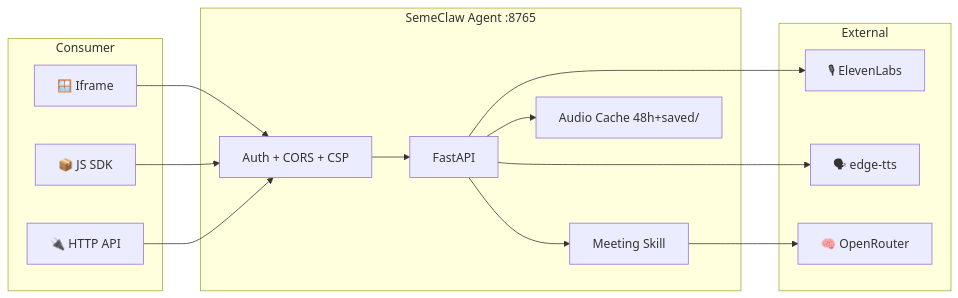
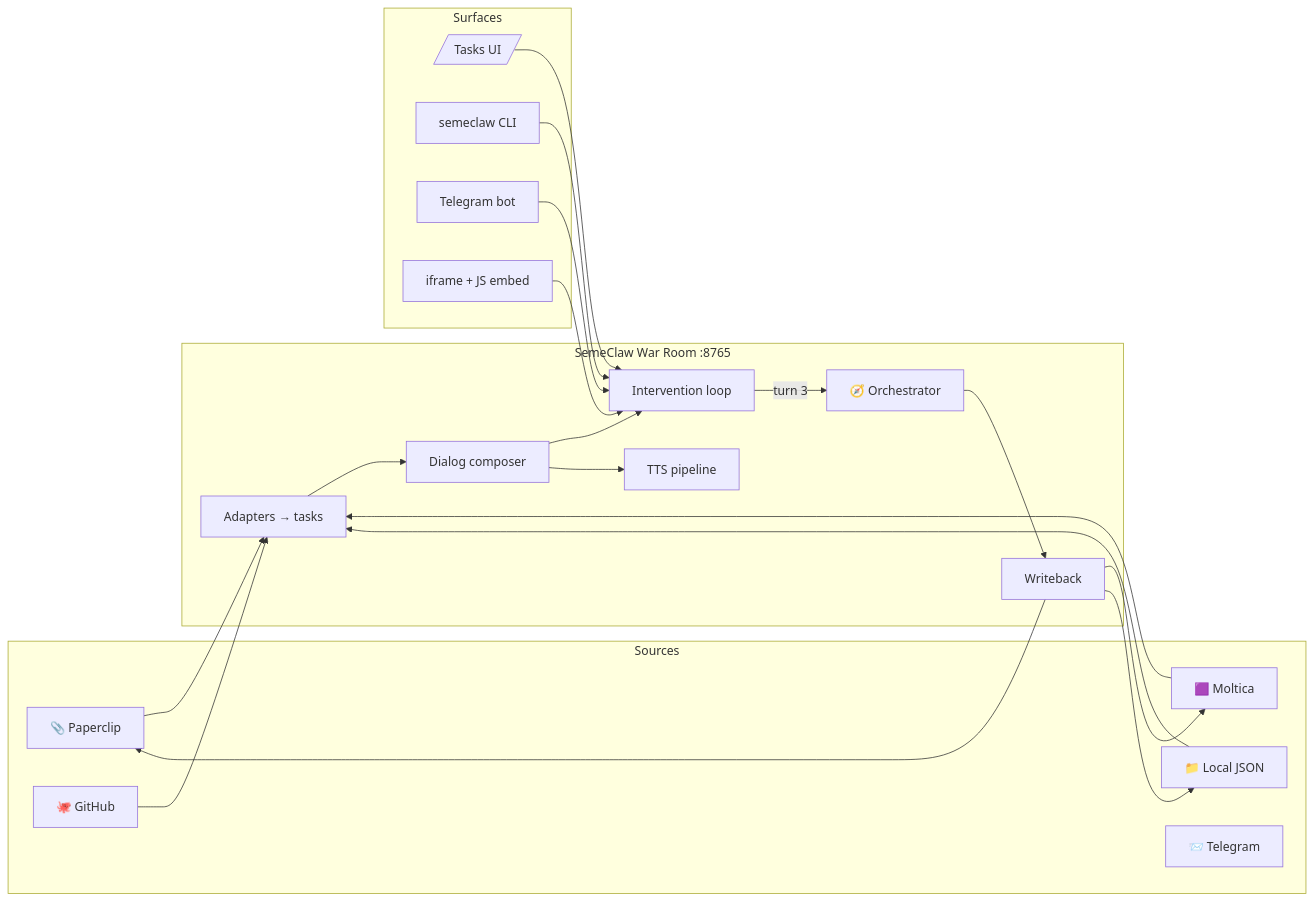
Before and after one commit to DansiDanutz/SemeClaw: the diagram in README.md, drawn with Mermaid. The commit also changed other lines of this file and 6 other files, not shown here.

````diff
--- a/README.md
+++ b/README.md
@@ -233,23 +192,31 @@
 ```mermaid
 flowchart LR
-    subgraph Consumer
-        iframe[🪟 Iframe]
-        sdk[📦 JS SDK]
-        http[🔌 HTTP API]
+    subgraph Sources
+        pc[📎 Paperclip]
+        mo[🟪 Moltica]
+        gh[🐙 GitHub]
+        local[📁 Local JSON]
+        tg[📨 Telegram]
     end
-    subgraph SemeClaw[SemeClaw Agent :8765]
-        api[FastAPI]
-        mid[Auth + CORS + CSP]
-        skill[Meeting Skill]
-        cache[Audio Cache 48h+saved/]
+
+    subgraph SemeClaw[SemeClaw War Room :8765]
+        ingest[Adapters → tasks]
+        dialog[Dialog composer]
+        intervene[Intervention loop]
+        orch[🧭 Orchestrator]
+        tts[TTS pipeline]
+        wb[Writeback]
     end
-    subgraph External
-        eleven[🎙 ElevenLabs]
-        edge[🗣 edge-tts]
-        or[🧠 OpenRouter]
+
+    subgraph Surfaces
+        ui[/Tasks UI/]
+        cli[semeclaw CLI]
+        bot[Telegram bot]
+        emb[iframe + JS embed]
     end
-    iframe & sdk & http --> mid --> api
-    api --> skill & cache
-    api --> eleven & edge
-    skill --> or
+
+    pc & mo & gh & local --> ingest --> dialog --> intervene
+    intervene -->|turn 3| orch --> wb --> pc & mo & local
+    dialog --> tts
+    ui & cli & bot & emb --> intervene
 ```
````
